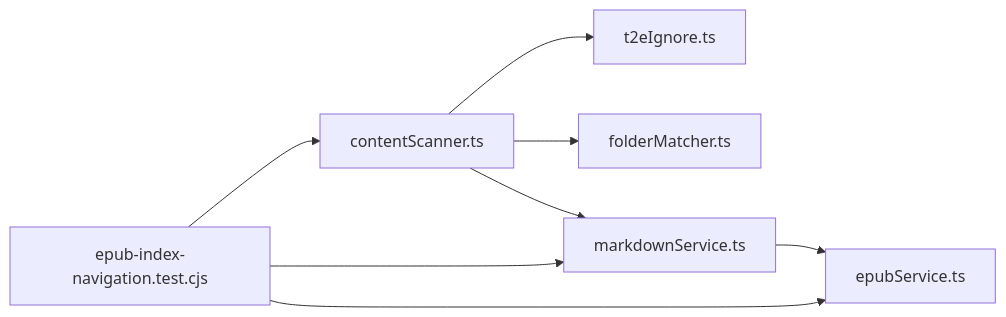
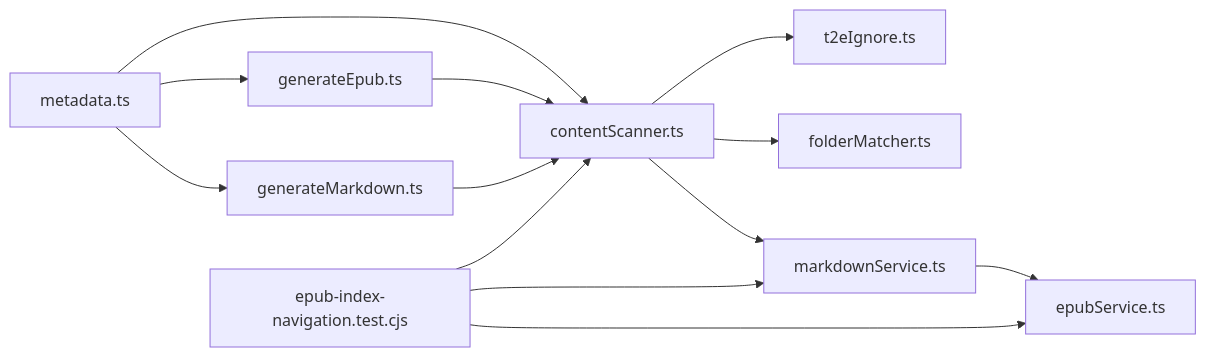
The fifth of 5 diagrams in .qoder/repowiki/zh/content/技术架构详解/内容扫描系统/索引文件处理.md (someok/vscode-folder2epub), drawn with Mermaid before and after one commit. The commit also changed other lines of this file and 4 other files, not shown here.

````diff
--- a/.qoder/repowiki/zh/content/技术架构详解/内容扫描系统/索引文件处理.md
+++ b/.qoder/repowiki/zh/content/技术架构详解/内容扫描系统/索引文件处理.md
@@ -321,10 +427,15 @@
 ```mermaid
 graph LR
-CS["contentScanner.ts"] --> TI["t2eIgnore.ts"]
+MET["metadata.ts"] --> CS["contentScanner.ts"]
+MET --> GE["generateEpub.ts"]
+MET --> GM["generateMarkdown.ts"]
+CS --> TI["t2eIgnore.ts"]
 CS --> FM["folderMatcher.ts"]
 CS --> MS["markdownService.ts"]
 MS --> ES["epubService.ts"]
+GE --> CS
+GM --> CS
 TEST["epub-index-navigation.test.cjs"] --> CS
 TEST --> MS
 TEST --> ES
 ```
````
